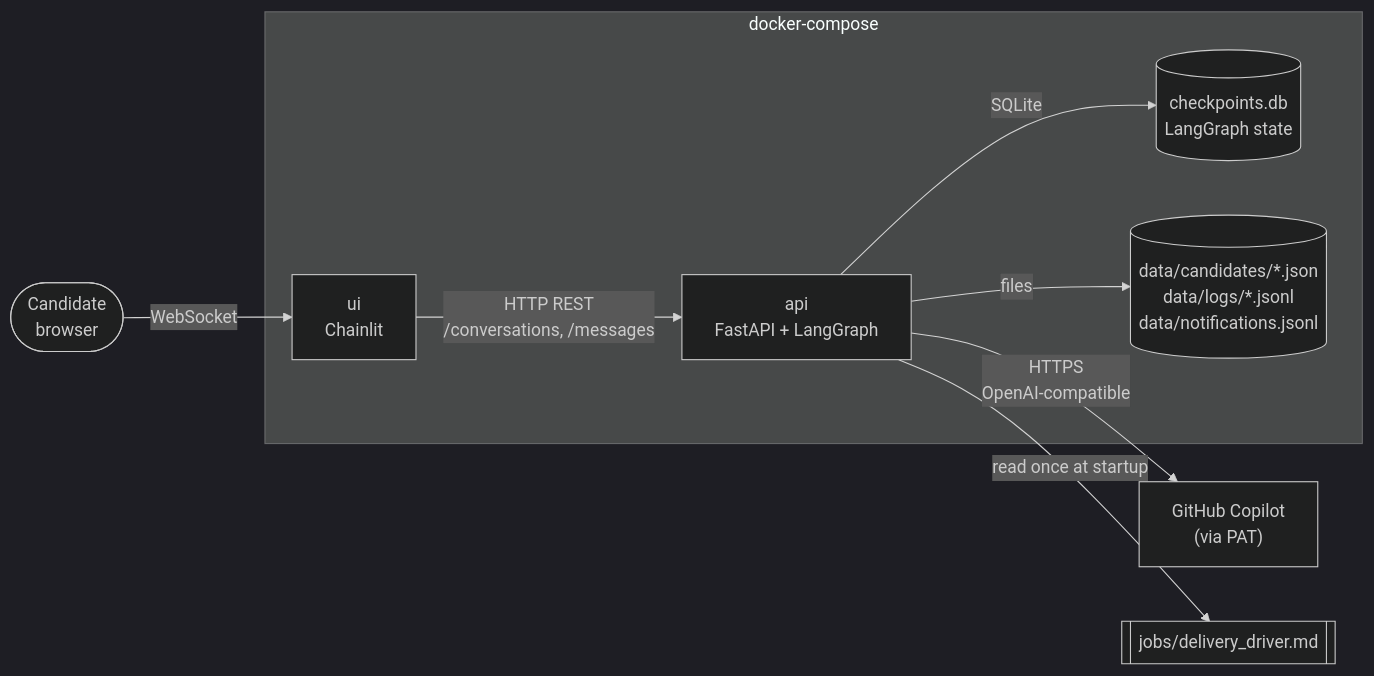
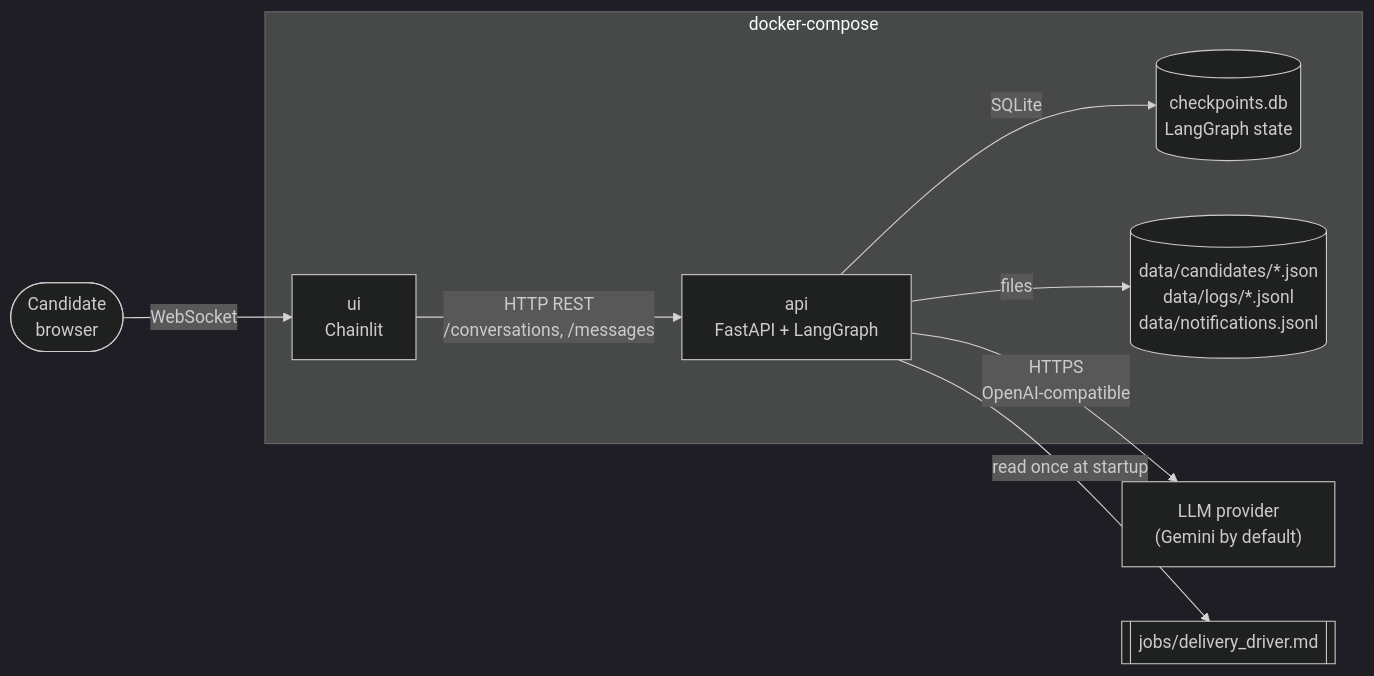
One commit to brenodacosta/screening_ai changed the first of 3 diagrams in docs/architecture.md. Above: the diagram before and after it, drawn with Mermaid (dark theme). The commit also changed other lines of this file and 2 other files, not shown here.

````diff
--- a/docs/architecture.md
+++ b/docs/architecture.md
@@ -16,16 +16,16 @@
 ```mermaid
 flowchart LR
     Candidate(["Candidate<br/>browser"]) -->|WebSocket| UI["ui<br/>Chainlit"]
     UI -->|HTTP REST<br/>/conversations, /messages| API["api<br/>FastAPI + LangGraph"]
-    API -->|HTTPS<br/>OpenAI-compatible| LLM["GitHub Copilot<br/>(via PAT)"]
+    API -->|HTTPS<br/>OpenAI-compatible| LLM["LLM provider<br/>(Gemini by default)"]
     API -->|SQLite| CKPT[("checkpoints.db<br/>LangGraph state")]
     API -->|files| OUT[("data/candidates/*.json<br/>data/logs/*.jsonl<br/>data/notifications.jsonl")]
     API -->|read once at startup| JD[["jobs/delivery_driver.md"]]
 
     subgraph compose["docker-compose"]
         UI
         API
         CKPT
         OUT
     end
 ```
````
